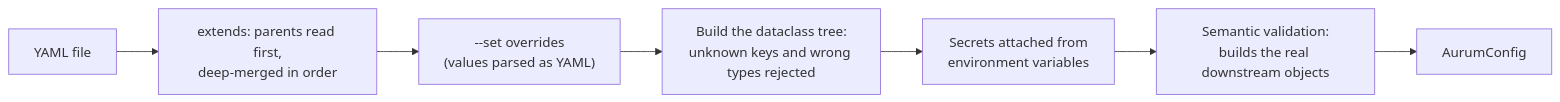
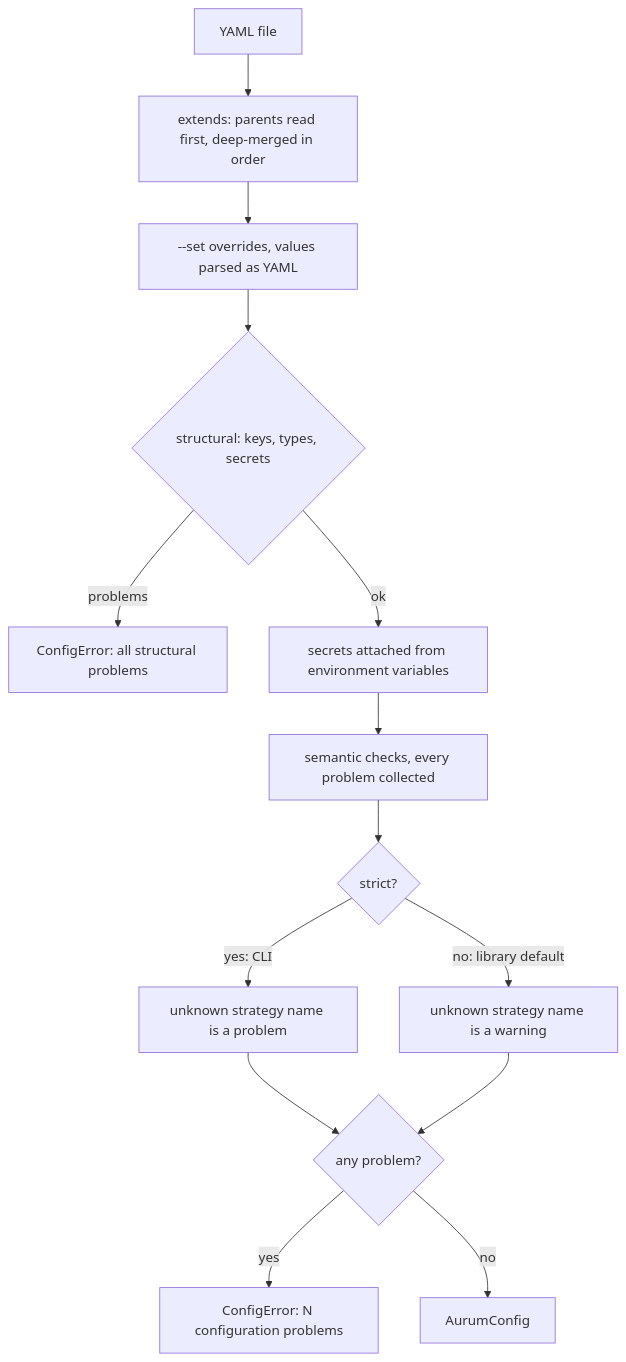
Before and after one commit to zero-was-here/tradingbot: the first of 6 diagrams in docs/configuration.md, drawn with Mermaid. The commit also changed other lines of this file and 302 other files, not shown here.

First line of the commit message:
Docs v2.1: math, diagrams and real-data figures for every algorithm

````diff
--- a/docs/configuration.md
+++ b/docs/configuration.md
@@ -37,9 +47,16 @@
 ```mermaid
-flowchart LR
-  Y["YAML file"] --> E["extends: parents read first,<br/>deep-merged in order"]
-  E --> S["--set overrides<br/>(values parsed as YAML)"]
-  S --> B["Build the dataclass tree:<br/>unknown keys and wrong types rejected"]
-  B --> V["Secrets attached from<br/>environment variables"]
-  V --> X["Semantic validation:<br/>builds the real downstream objects"]
-  X --> C["AurumConfig"]
+flowchart TD
+    Y["YAML file"] --> E["extends: parents read first, deep-merged in order"]
+    E --> S["--set overrides, values parsed as YAML"]
+    S --> B{"structural: keys, types, secrets"}
+    B -- problems --> X["ConfigError: all structural problems"]
+    B -- ok --> V["secrets attached from environment variables"]
+    V --> C["semantic checks, every problem collected"]
+    C --> T{"strict?"}
+    T -- "yes: CLI" --> P1["unknown strategy name is a problem"]
+    T -- "no: library default" --> P2["unknown strategy name is a warning"]
+    P1 --> R{"any problem?"}
+    P2 --> R
+    R -- yes --> X2["ConfigError: N configuration problems"]
+    R -- no --> A["AurumConfig"]
 ```
````
